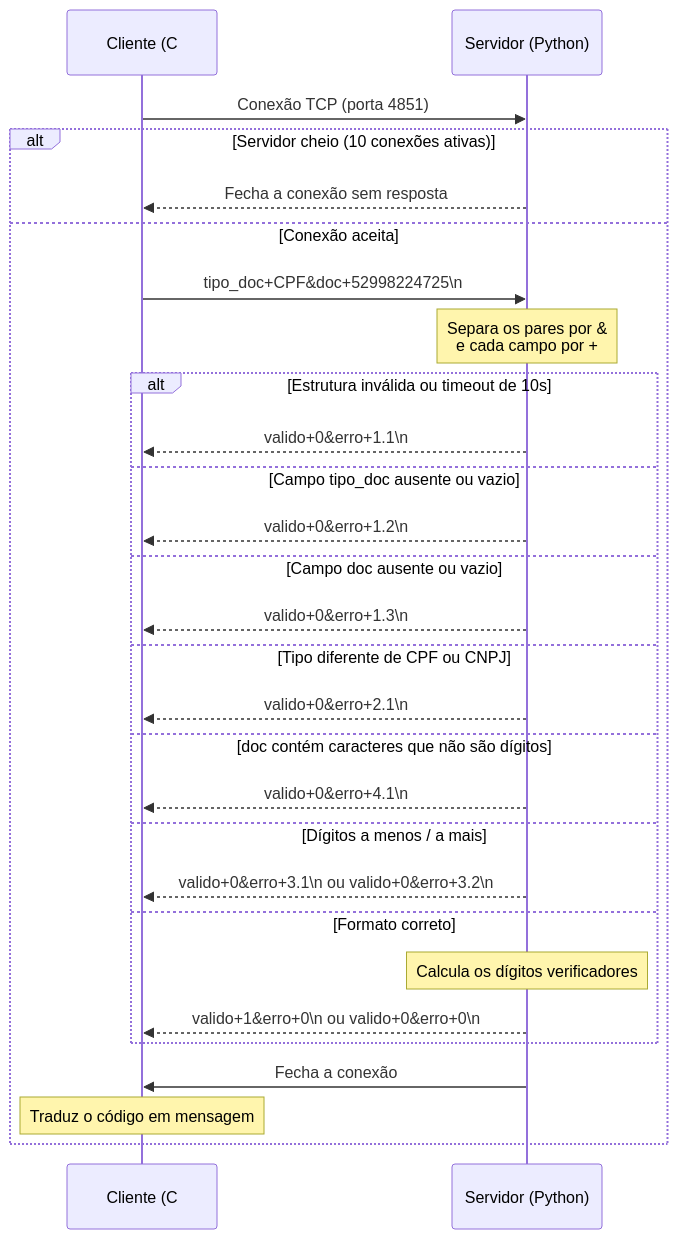
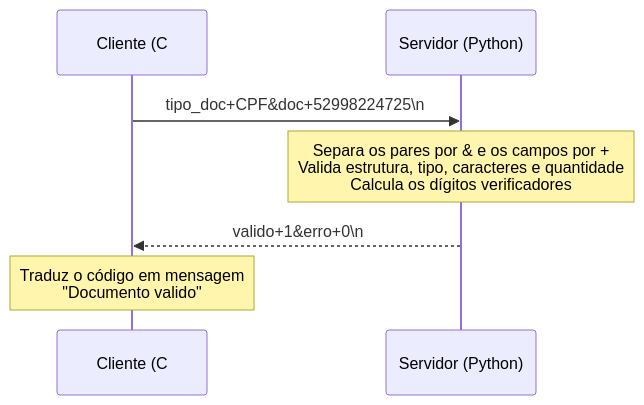
Before and after one commit to GabrielPontel/Validador-Documentos-Utilizando-Socket: the diagram in README.md, drawn with Mermaid. The commit also changed other lines of this file, not shown here.

First line of the commit message:
docs: corrige diagrama de estados e simplifica diagrama do protocolo no README

````diff
--- a/README.md
+++ b/README.md
@@ -22,31 +18,10 @@
 ```mermaid
 sequenceDiagram
     participant C as Cliente (C#)
     participant S as Servidor (Python)
 
-    C->>S: Conexão TCP (porta 4851)
-    alt Servidor cheio (10 conexões ativas)
-        S-->>C: Fecha a conexão sem resposta
-    else Conexão aceita
-        C->>S: tipo_doc+CPF&doc+52998224725\n
-        Note over S: Separa os pares por &<br/>e cada campo por +
-        alt Estrutura inválida ou timeout de 10s
-            S-->>C: valido+0&erro+1.1\n
-        else Campo tipo_doc ausente ou vazio
-            S-->>C: valido+0&erro+1.2\n
-        else Campo doc ausente ou vazio
-            S-->>C: valido+0&erro+1.3\n
-        else Tipo diferente de CPF ou CNPJ
-            S-->>C: valido+0&erro+2.1\n
-        else doc contém caracteres que não são dígitos
-            S-->>C: valido+0&erro+4.1\n
-        else Dígitos a menos / a mais
-            S-->>C: valido+0&erro+3.1\n ou valido+0&erro+3.2\n
-        else Formato correto
-            Note over S: Calcula os dígitos verificadores
-            S-->>C: valido+1&erro+0\n ou valido+0&erro+0\n
-        end
-        S->>C: Fecha a conexão
-        Note over C: Traduz o código em mensagem
-    end
+    C->>S: tipo_doc+CPF&doc+52998224725\n
+    Note over S: Separa os pares por & e os campos por +<br/>Valida estrutura, tipo, caracteres e quantidade<br/>Calcula os dígitos verificadores
+    S-->>C: valido+1&erro+0\n
+    Note over C: Traduz o código em mensagem<br/>"Documento valido"
 ```
````
